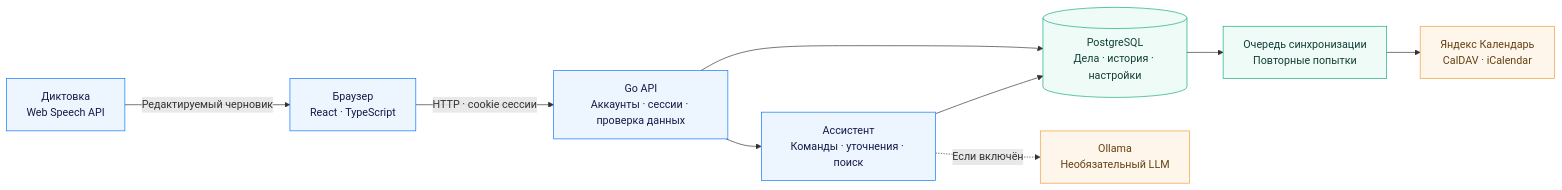
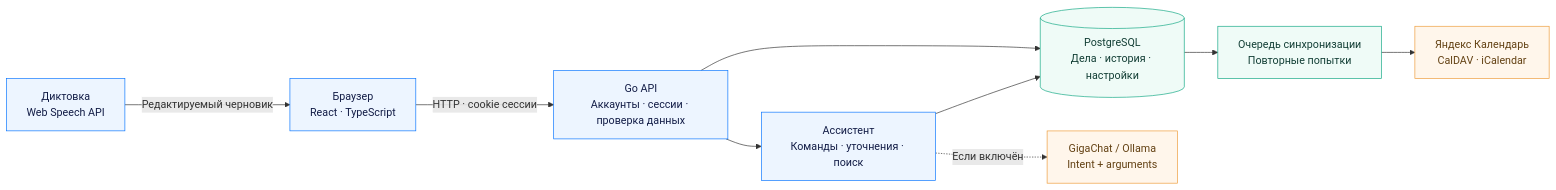
The first of 2 diagrams in README.md (NIDJEL/assistant-ai), drawn with Mermaid before and after one commit. The commit also changed other lines of this file and 76 other files, not shown here.

````diff
--- a/README.md
+++ b/README.md
@@ -119,27 +121,27 @@
 ```mermaid
 flowchart LR
     Browser["Браузер<br/>React · TypeScript"]
     Voice["Диктовка<br/>Web Speech API"]
     API["Go API<br/>Аккаунты · сессии · проверка данных"]
     Planner["Ассистент<br/>Команды · уточнения · поиск"]
     DB[("PostgreSQL<br/>Дела · история · настройки")]
     Queue["Очередь синхронизации<br/>Повторные попытки"]
     Yandex["Яндекс Календарь<br/>CalDAV · iCalendar"]
-    Ollama["Ollama<br/>Необязательный LLM"]
+    Ollama["GigaChat / Ollama<br/>Intent + arguments"]
 
     Voice -->|"Редактируемый черновик"| Browser
     Browser -->|"HTTP · cookie сессии"| API
     API --> Planner
     API --> DB
     Planner --> DB
     Planner -.->|"Если включён"| Ollama
     DB --> Queue
     Queue --> Yandex
 
     classDef ui fill:#edf5ff,stroke:#0875ff,color:#121c46;
     classDef storage fill:#effbf7,stroke:#12a885,color:#123e35;
     classDef external fill:#fff6eb,stroke:#ed9c3a,color:#634113;
     class Browser,Voice,API,Planner ui;
     class DB,Queue storage;
     class Yandex,Ollama external;
 ```
````
